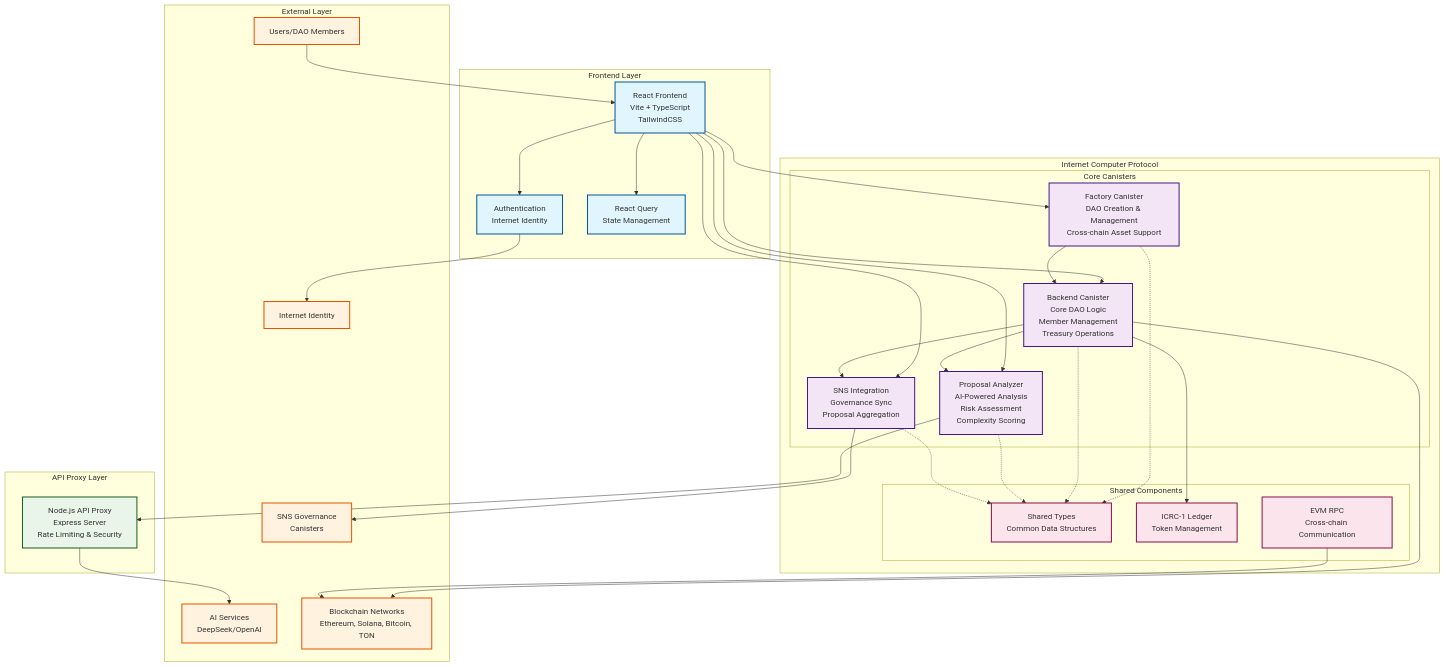
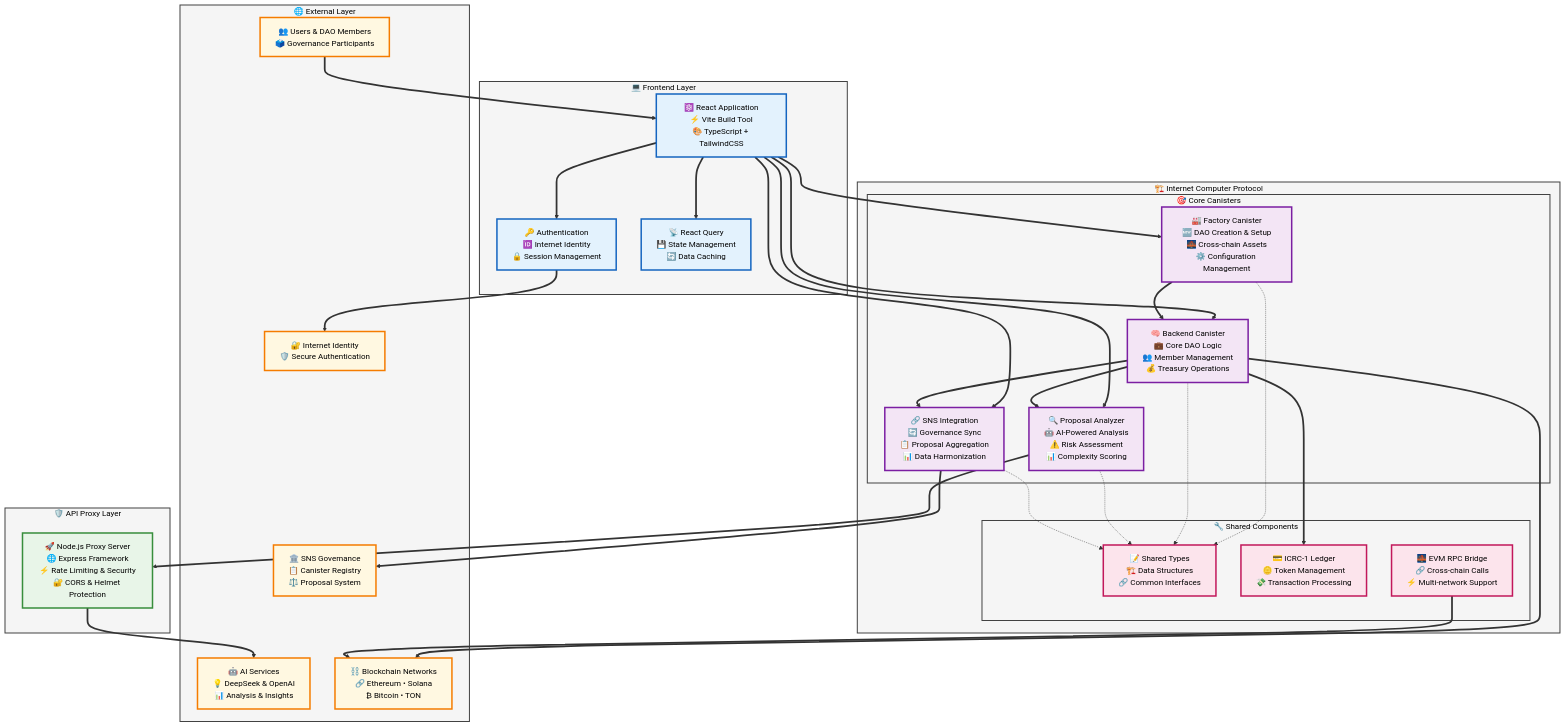
One commit to gov-mind/ic_govmind changed the first of 2 diagrams in architecture-diagram.md. Above: the diagram before and after it, drawn with Mermaid. The commit also changed other lines of this file, not shown here.

Commit message:
Improve the architecture diagram styling

````diff
--- a/architecture-diagram.md
+++ b/architecture-diagram.md
@@ -7,83 +7,89 @@
 ```mermaid
 graph TB
     %% External Users and Systems
-    subgraph "External Layer"
-        U[Users/DAO Members]
-        AI[AI Services<br/>DeepSeek/OpenAI]
-        BC["Blockchain Networks<br/>Ethereum, Solana, Bitcoin, TON"]
-        SNS["SNS Governance<br/>Canisters"]
-        II[Internet Identity]
+    subgraph EXT ["🌐 External Layer"]
+        U["👥 Users & DAO Members<br/>🗳️ Governance Participants"]
+        AI["🤖 AI Services<br/>💡 DeepSeek & OpenAI<br/>📊 Analysis & Insights"]
+        BC["⛓️ Blockchain Networks<br/>🔗 Ethereum • Solana<br/>₿ Bitcoin • TON"]
+        SNS["🏛️ SNS Governance<br/>📋 Canister Registry<br/>⚖️ Proposal System"]
+        II["🔐 Internet Identity<br/>🛡️ Secure Authentication"]
     end
 
     %% Frontend Layer
-    subgraph "Frontend Layer"
-        WEB["React Frontend<br/>Vite + TypeScript<br/>TailwindCSS"]
-        AUTH["Authentication<br/>Internet Identity"]
-        QUERY["React Query<br/>State Management"]
+    subgraph FE ["💻 Frontend Layer"]
+        WEB["⚛️ React Application<br/>⚡ Vite Build Tool<br/>🎨 TypeScript + TailwindCSS"]
+        AUTH["🔑 Authentication<br/>🆔 Internet Identity<br/>🔒 Session Management"]
+        QUERY["📡 React Query<br/>💾 State Management<br/>🔄 Data Caching"]
     end
 
     %% API Proxy Layer
-    subgraph "API Proxy Layer"
-        PROXY["Node.js API Proxy<br/>Express Server<br/>Rate Limiting & Security"]
+    subgraph API ["🛡️ API Proxy Layer"]
+        PROXY["🚀 Node.js Proxy Server<br/>🌐 Express Framework<br/>⚡ Rate Limiting & Security<br/>🔐 CORS & Helmet Protection"]
     end
 
     %% Internet Computer Protocol Layer
-    subgraph "Internet Computer Protocol"
+    subgraph ICP ["🏗️ Internet Computer Protocol"]
         %% Core Canisters
-        subgraph "Core Canisters"
-            FACTORY["Factory Canister<br/>DAO Creation & Management<br/>Cross-chain Asset Support"]
-            BACKEND["Backend Canister<br/>Core DAO Logic<br/>Member Management<br/>Treasury Operations"]
-            ANALYZER["Proposal Analyzer<br/>AI-Powered Analysis<br/>Risk Assessment<br/>Complexity Scoring"]
-            SNS_INT["SNS Integration<br/>Governance Sync<br/>Proposal Aggregation"]
+        subgraph CORE ["🎯 Core Canisters"]
+            FACTORY["🏭 Factory Canister<br/>🆕 DAO Creation & Setup<br/>🌉 Cross-chain Assets<br/>⚙️ Configuration Management"]
+            BACKEND["🧠 Backend Canister<br/>💼 Core DAO Logic<br/>👥 Member Management<br/>💰 Treasury Operations"]
+            ANALYZER["🔍 Proposal Analyzer<br/>🤖 AI-Powered Analysis<br/>⚠️ Risk Assessment<br/>📊 Complexity Scoring"]
+            SNS_INT["🔗 SNS Integration<br/>🔄 Governance Sync<br/>📋 Proposal Aggregation<br/>📊 Data Harmonization"]
         end
 
         %% Shared Components
-        subgraph "Shared Components"
-            TYPES["Shared Types<br/>Common Data Structures"]
-            LEDGER["ICRC-1 Ledger<br/>Token Management"]
-            EVM_RPC["EVM RPC<br/>Cross-chain Communication"]
+        subgraph SHARED ["🔧 Shared Components"]
+            TYPES["📝 Shared Types<br/>🏗️ Data Structures<br/>🔗 Common Interfaces"]
+            LEDGER["💳 ICRC-1 Ledger<br/>🪙 Token Management<br/>💸 Transaction Processing"]
+            EVM_RPC["🌉 EVM RPC Bridge<br/>🔗 Cross-chain Calls<br/>⚡ Multi-network Support"]
         end
     end
 
-    %% Data Flow Connections
-    U --> WEB
-    WEB --> AUTH
-    WEB --> QUERY
-    AUTH --> II
+    %% Data Flow Connections - Primary
+    U ==> WEB
+    WEB ==> AUTH
+    WEB ==> QUERY
+    AUTH ==> II
     
-    WEB --> FACTORY
-    WEB --> BACKEND
-    WEB --> ANALYZER
-    WEB --> SNS_INT
+    %% Frontend to Canisters
+    WEB ==> FACTORY
+    WEB ==> BACKEND
+    WEB ==> ANALYZER
+    WEB ==> SNS_INT
     
-    ANALYZER --> PROXY
-    PROXY --> AI
+    %% AI Integration
+    ANALYZER ==> PROXY
+    PROXY ==> AI
     
-    FACTORY --> BACKEND
-    BACKEND --> ANALYZER
-    BACKEND --> SNS_INT
-    BACKEND --> LEDGER
+    %% Inter-canister Communication
+    FACTORY ==> BACKEND
+    BACKEND ==> ANALYZER
+    BACKEND ==> SNS_INT
+    BACKEND ==> LEDGER
     
-    SNS_INT --> SNS
-    BACKEND --> BC
-    EVM_RPC --> BC
+    %% External Integrations
+    SNS_INT ==> SNS
+    BACKEND ==> BC
+    EVM_RPC ==> BC
     
-    %% Shared dependencies
+    %% Shared Dependencies (dotted lines)
     FACTORY -.-> TYPES
     BACKEND -.-> TYPES
     ANALYZER -.-> TYPES
     SNS_INT -.-> TYPES
     
-    %% Styling
-    classDef frontend fill:#e1f5fe,stroke:#01579b,stroke-width:2px
-    classDef canister fill:#f3e5f5,stroke:#4a148c,stroke-width:2px
-    classDef external fill:#fff3e0,stroke:#e65100,stroke-width:2px
-    classDef proxy fill:#e8f5e8,stroke:#1b5e20,stroke-width:2px
-    classDef shared fill:#fce4ec,stroke:#880e4f,stroke-width:2px
+    %% Enhanced Styling
+    classDef frontend fill:#e3f2fd,stroke:#1565c0,stroke-width:3px,color:#000
+    classDef canister fill:#f3e5f5,stroke:#7b1fa2,stroke-width:3px,color:#000
+    classDef external fill:#fff8e1,stroke:#f57c00,stroke-width:3px,color:#000
+    classDef proxy fill:#e8f5e8,stroke:#388e3c,stroke-width:3px,color:#000
+    classDef shared fill:#fce4ec,stroke:#c2185b,stroke-width:3px,color:#000
+    classDef layer fill:#f5f5f5,stroke:#424242,stroke-width:2px,color:#000
     
     class WEB,AUTH,QUERY frontend
     class FACTORY,BACKEND,ANALYZER,SNS_INT canister
     class U,AI,BC,SNS,II external
     class PROXY proxy
     class TYPES,LEDGER,EVM_RPC shared
+    class EXT,FE,API,ICP,CORE,SHARED layer
 ```
````
